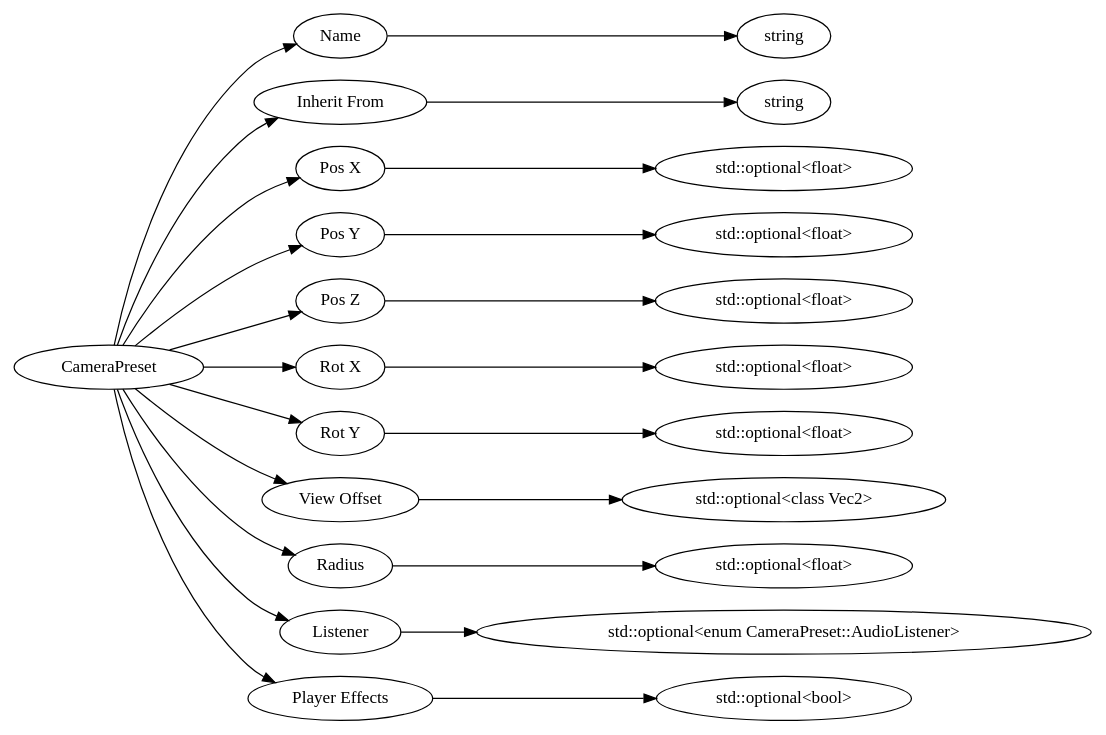
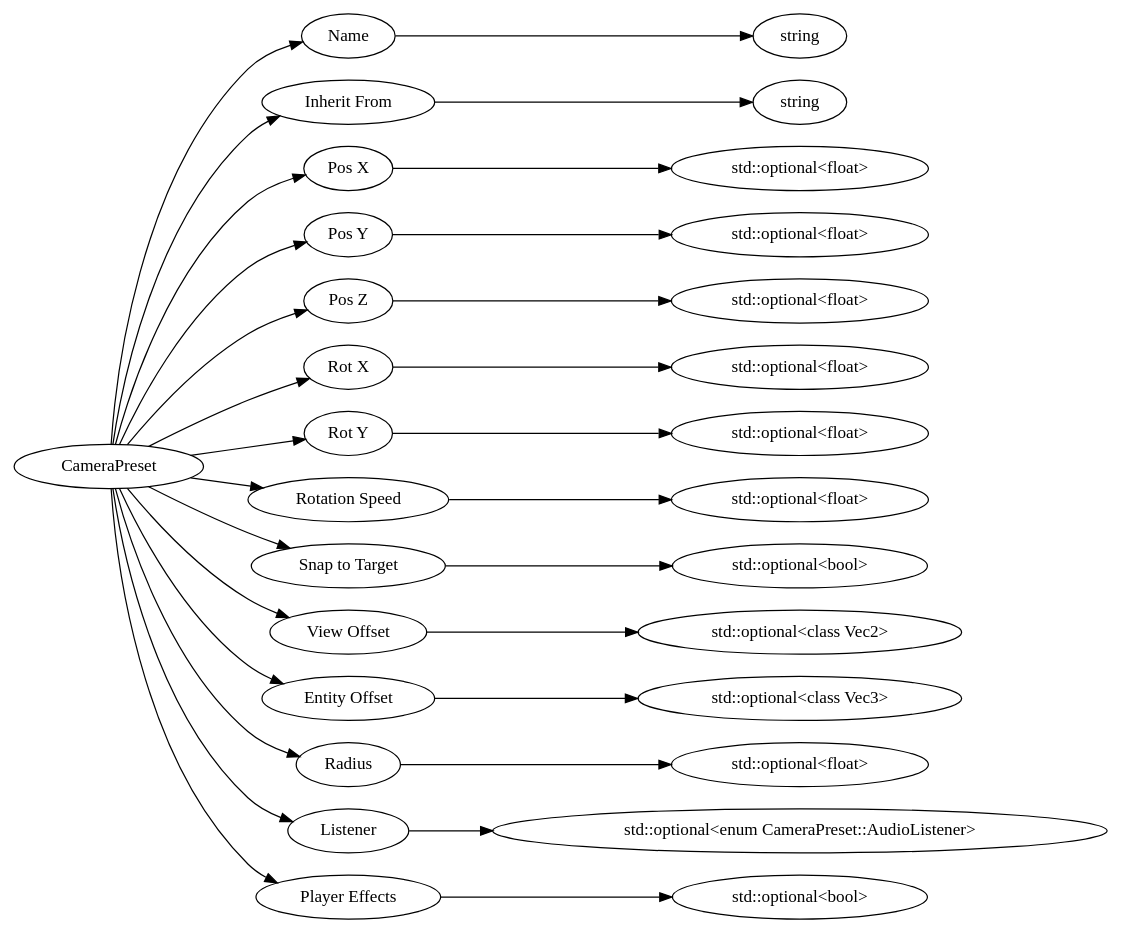
Before and after one commit to Mojang/bedrock-protocol-docs: the diagram in dot/CameraPreset.dot, drawn with Graphviz. The commit also changed 55 other files, not shown here.

```diff
--- a/dot/CameraPreset.dot
+++ b/dot/CameraPreset.dot
@@ -1,52 +1,64 @@
 digraph "CameraPreset" {
 rankdir = LR
 8
 8 -> 9
 9 -> 10
 8 -> 11
 11 -> 12
 8 -> 13
 13 -> 17
 8 -> 18
 18 -> 19
 8 -> 20
 20 -> 21
 8 -> 22
 22 -> 23
 8 -> 24
 24 -> 25
 8 -> 26
-26 -> 30
-8 -> 31
-31 -> 32
+26 -> 27
+8 -> 28
+28 -> 32
 8 -> 33
 33 -> 37
 8 -> 38
 38 -> 42
+8 -> 43
+43 -> 44
+8 -> 45
+45 -> 49
+8 -> 50
+50 -> 51
 
 8 [label="CameraPreset",comment="name: \"CameraPreset\", typeName: \"\", id: 8, branchId: 0, recurseId: -1, attributes: 0, notes: \"\""];
 9 [label="Name",comment="name: \"Name\", typeName: \"\", id: 9, branchId: 0, recurseId: -1, attributes: 0, notes: \"\""];
 10 [label="string",comment="name: \"string\", typeName: \"\", id: 10, branchId: 0, recurseId: -1, attributes: 512, notes: \"\""];
 11 [label="Inherit From",comment="name: \"Inherit From\", typeName: \"\", id: 11, branchId: 0, recurseId: -1, attributes: 0, notes: \"\""];
 12 [label="string",comment="name: \"string\", typeName: \"\", id: 12, branchId: 0, recurseId: -1, attributes: 512, notes: \"\""];
 13 [label="Pos X",comment="name: \"Pos X\", typeName: \"std::optional<float>\", id: 13, branchId: 0, recurseId: -1, attributes: 256, notes: \"\""];
 17 [label="std::optional<float>",comment="name: \"std::optional<float>\", typeName: \"\", id: 17, branchId: 0, recurseId: -1, attributes: 512, notes: \"\""];
 18 [label="Pos Y",comment="name: \"Pos Y\", typeName: \"std::optional<float>\", id: 18, branchId: 0, recurseId: -1, attributes: 256, notes: \"\""];
 19 [label="std::optional<float>",comment="name: \"std::optional<float>\", typeName: \"\", id: 19, branchId: 0, recurseId: -1, attributes: 512, notes: \"\""];
 20 [label="Pos Z",comment="name: \"Pos Z\", typeName: \"std::optional<float>\", id: 20, branchId: 0, recurseId: -1, attributes: 256, notes: \"\""];
 21 [label="std::optional<float>",comment="name: \"std::optional<float>\", typeName: \"\", id: 21, branchId: 0, recurseId: -1, attributes: 512, notes: \"\""];
 22 [label="Rot X",comment="name: \"Rot X\", typeName: \"std::optional<float>\", id: 22, branchId: 0, recurseId: -1, attributes: 256, notes: \"\""];
 23 [label="std::optional<float>",comment="name: \"std::optional<float>\", typeName: \"\", id: 23, branchId: 0, recurseId: -1, attributes: 512, notes: \"\""];
 24 [label="Rot Y",comment="name: \"Rot Y\", typeName: \"std::optional<float>\", id: 24, branchId: 0, recurseId: -1, attributes: 256, notes: \"\""];
 25 [label="std::optional<float>",comment="name: \"std::optional<float>\", typeName: \"\", id: 25, branchId: 0, recurseId: -1, attributes: 512, notes: \"\""];
-26 [label="View Offset",comment="name: \"View Offset\", typeName: \"std::optional<class Vec2>\", id: 26, branchId: 0, recurseId: -1, attributes: 256, notes: \"\""];
-30 [label="std::optional<class Vec2>",comment="name: \"std::optional<class Vec2>\", typeName: \"\", id: 30, branchId: 0, recurseId: -1, attributes: 512, notes: \"\""];
-31 [label="Radius",comment="name: \"Radius\", typeName: \"std::optional<float>\", id: 31, branchId: 0, recurseId: -1, attributes: 256, notes: \"\""];
-32 [label="std::optional<float>",comment="name: \"std::optional<float>\", typeName: \"\", id: 32, branchId: 0, recurseId: -1, attributes: 512, notes: \"\""];
-33 [label="Listener",comment="name: \"Listener\", typeName: \"std::optional<enum CameraPreset::AudioListener>\", id: 33, branchId: 0, recurseId: -1, attributes: 256, notes: \"\""];
-37 [label="std::optional<enum CameraPreset::AudioListener>",comment="name: \"std::optional<enum CameraPreset::AudioListener>\", typeName: \"\", id: 37, branchId: 0, recurseId: -1, attributes: 512, notes: \"\""];
-38 [label="Player Effects",comment="name: \"Player Effects\", typeName: \"std::optional<bool>\", id: 38, branchId: 0, recurseId: -1, attributes: 256, notes: \"\""];
-42 [label="std::optional<bool>",comment="name: \"std::optional<bool>\", typeName: \"\", id: 42, branchId: 0, recurseId: -1, attributes: 512, notes: \"\""];
-{ rank = max;10;12;17;19;21;23;25;30;32;37;42}
+26 [label="Rotation Speed",comment="name: \"Rotation Speed\", typeName: \"std::optional<float>\", id: 26, branchId: 0, recurseId: -1, attributes: 256, notes: \"\""];
+27 [label="std::optional<float>",comment="name: \"std::optional<float>\", typeName: \"\", id: 27, branchId: 0, recurseId: -1, attributes: 512, notes: \"\""];
+28 [label="Snap to Target",comment="name: \"Snap to Target\", typeName: \"std::optional<bool>\", id: 28, branchId: 0, recurseId: -1, attributes: 256, notes: \"\""];
+32 [label="std::optional<bool>",comment="name: \"std::optional<bool>\", typeName: \"\", id: 32, branchId: 0, recurseId: -1, attributes: 512, notes: \"\""];
+33 [label="View Offset",comment="name: \"View Offset\", typeName: \"std::optional<class Vec2>\", id: 33, branchId: 0, recurseId: -1, attributes: 256, notes: \"\""];
+37 [label="std::optional<class Vec2>",comment="name: \"std::optional<class Vec2>\", typeName: \"\", id: 37, branchId: 0, recurseId: -1, attributes: 512, notes: \"\""];
+38 [label="Entity Offset",comment="name: \"Entity Offset\", typeName: \"std::optional<class Vec3>\", id: 38, branchId: 0, recurseId: -1, attributes: 256, notes: \"Changing the camera's pivot point from the center of the entity\""];
+42 [label="std::optional<class Vec3>",comment="name: \"std::optional<class Vec3>\", typeName: \"\", id: 42, branchId: 0, recurseId: -1, attributes: 512, notes: \"\""];
+43 [label="Radius",comment="name: \"Radius\", typeName: \"std::optional<float>\", id: 43, branchId: 0, recurseId: -1, attributes: 256, notes: \"\""];
+44 [label="std::optional<float>",comment="name: \"std::optional<float>\", typeName: \"\", id: 44, branchId: 0, recurseId: -1, attributes: 512, notes: \"\""];
+45 [label="Listener",comment="name: \"Listener\", typeName: \"std::optional<enum CameraPreset::AudioListener>\", id: 45, branchId: 0, recurseId: -1, attributes: 256, notes: \"\""];
+49 [label="std::optional<enum CameraPreset::AudioListener>",comment="name: \"std::optional<enum CameraPreset::AudioListener>\", typeName: \"\", id: 49, branchId: 0, recurseId: -1, attributes: 512, notes: \"\""];
+50 [label="Player Effects",comment="name: \"Player Effects\", typeName: \"std::optional<bool>\", id: 50, branchId: 0, recurseId: -1, attributes: 256, notes: \"\""];
+51 [label="std::optional<bool>",comment="name: \"std::optional<bool>\", typeName: \"\", id: 51, branchId: 0, recurseId: -1, attributes: 512, notes: \"\""];
+{ rank = max;10;12;17;19;21;23;25;27;32;37;42;44;49;51}
 
 }
```
